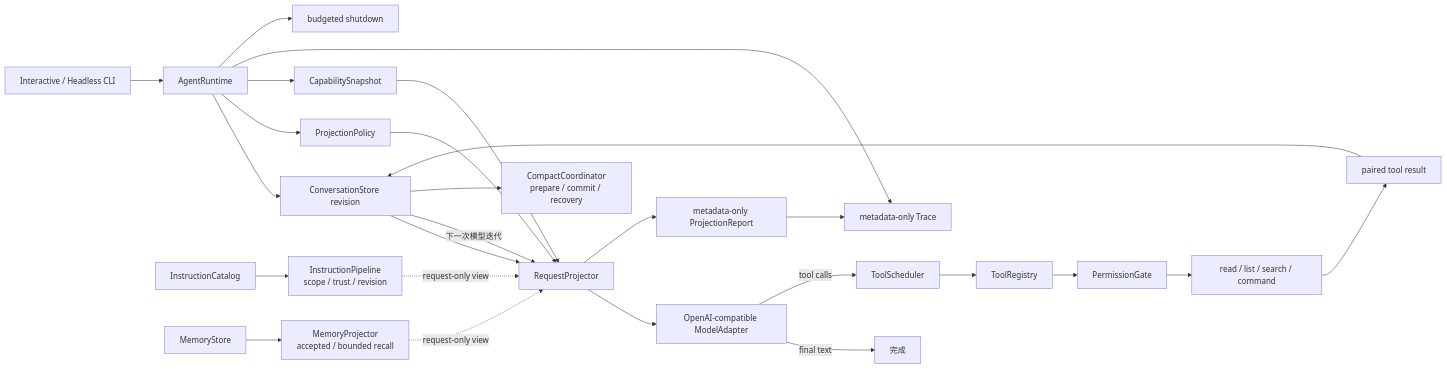
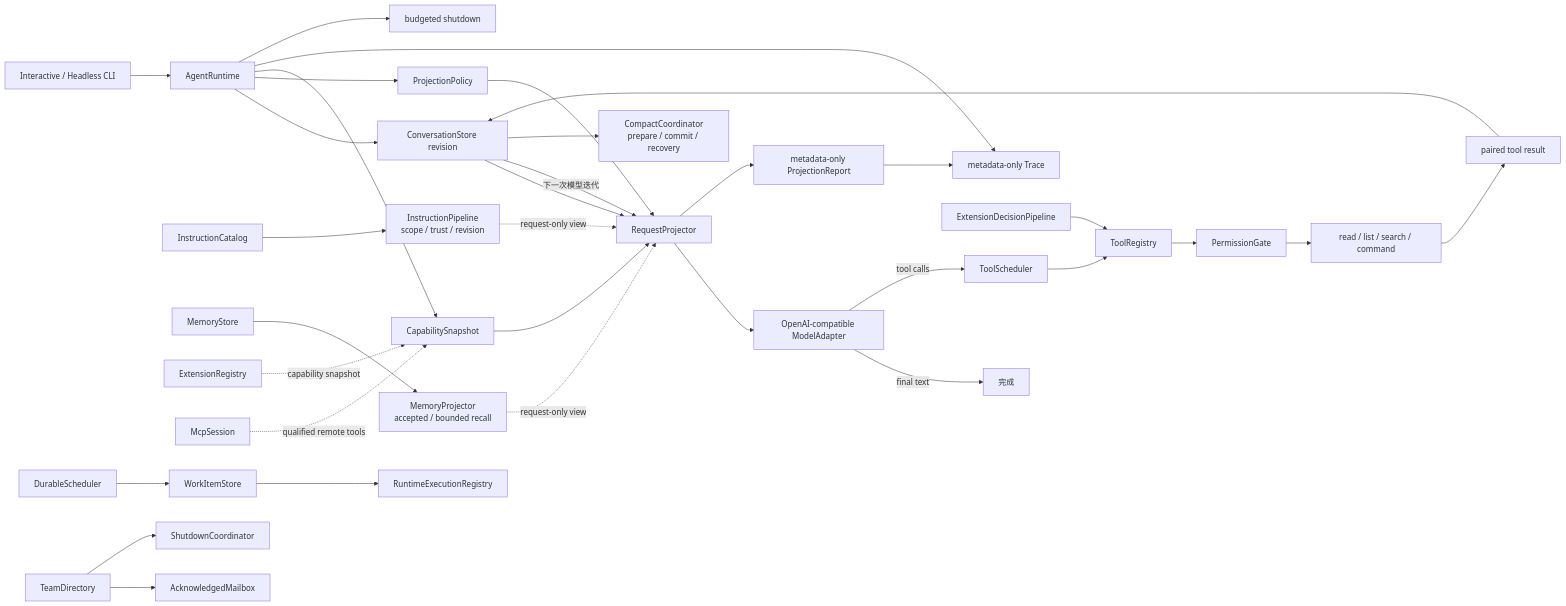
The diagram in mini-agent-harness/README.md (bai201928/claude-code-source-course), drawn with Mermaid before and after one commit. The commit also changed other lines of this file and 256 other files, not shown here.

````diff
--- a/mini-agent-harness/README.md
+++ b/mini-agent-harness/README.md
@@ -9,28 +9,35 @@
 ```mermaid
 flowchart LR
   CLI["Interactive / Headless CLI"] --> AR["AgentRuntime"]
   AR --> CS["ConversationStore revision"]
   CS --> RP["RequestProjector"]
   AR --> POL["ProjectionPolicy"]
   POL --> RP
   AR --> CAP["CapabilitySnapshot"]
   CAP --> RP
   RP --> MODEL["OpenAI-compatible ModelAdapter"]
   MODEL -->|"final text"| DONE["完成"]
   MODEL -->|"tool calls"| SCHED["ToolScheduler"]
   SCHED --> REG["ToolRegistry"]
   REG --> PERM["PermissionGate"]
+  HOOK["ExtensionDecisionPipeline"] --> REG
   PERM --> TOOL["read / list / search / command"]
   TOOL --> RESULT["paired tool result"]
   RESULT --> CS
   CS -->|"下一次模型迭代"| RP
   CS --> COMPACT["CompactCoordinator\nprepare / commit / recovery"]
   IC["InstructionCatalog"] --> IP["InstructionPipeline\nscope / trust / revision"]
   MS["MemoryStore"] --> MP["MemoryProjector\naccepted / bounded recall"]
   IP -. "request-only view" .-> RP
   MP -. "request-only view" .-> RP
+  ER["ExtensionRegistry"] -. "capability snapshot" .-> CAP
+  MCP["McpSession"] -. "qualified remote tools" .-> CAP
   AR --> TRACE["metadata-only Trace"]
   RP --> REPORT["metadata-only ProjectionReport"]
   REPORT --> TRACE
   AR --> LIFE["budgeted shutdown"]
+  WI["WorkItemStore"] --> EXE["RuntimeExecutionRegistry"]
+  TEAM["TeamDirectory"] --> BOX["AcknowledgedMailbox"]
+  TEAM --> SHUT["ShutdownCoordinator"]
+  CRON["DurableScheduler"] --> WI
 ```
````
